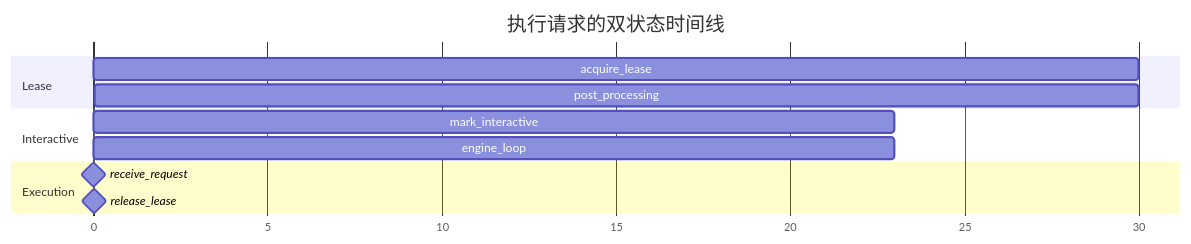
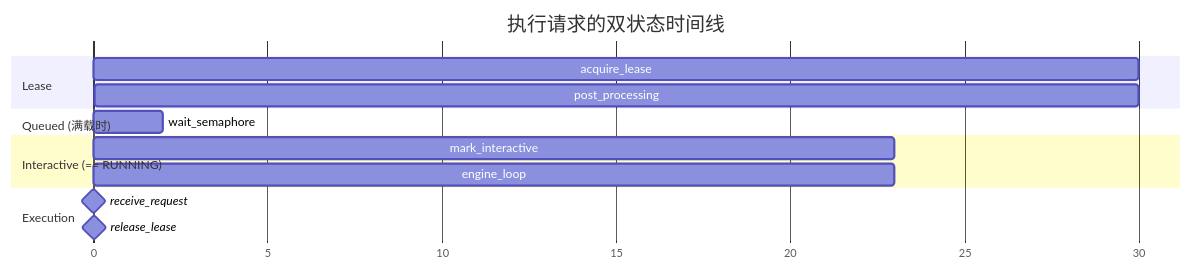
The second of 3 diagrams in docs/architecture/concurrency.md (Neutrino1998/artifact-flow), drawn with Mermaid before and after one commit. The commit also changed other lines of this file and 7 other files, not shown here.

````diff
--- a/docs/architecture/concurrency.md
+++ b/docs/architecture/concurrency.md
@@ -163,18 +163,21 @@
 ```mermaid
 gantt
     title 执行请求的双状态时间线
     dateFormat  X
     axisFormat %s
 
     section Lease
     acquire_lease      :a1, 0, 30
     post_processing    :a2, 25, 30
 
-    section Interactive
+    section Queued (满载时)
+    wait_semaphore     :q1, 0, 2
+
+    section Interactive (== RUNNING)
     mark_interactive   :b1, 2, 23
     engine_loop        :b2, 2, 23
 
     section Execution
     receive_request    :milestone, 0, 0
     release_lease      :milestone, 30, 0
 ```
````
